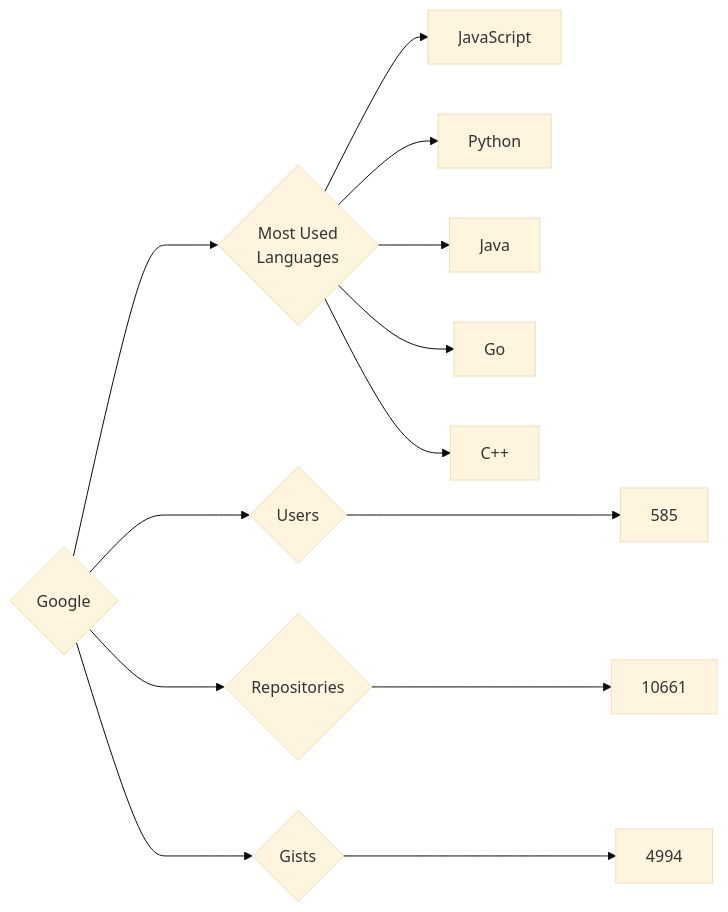
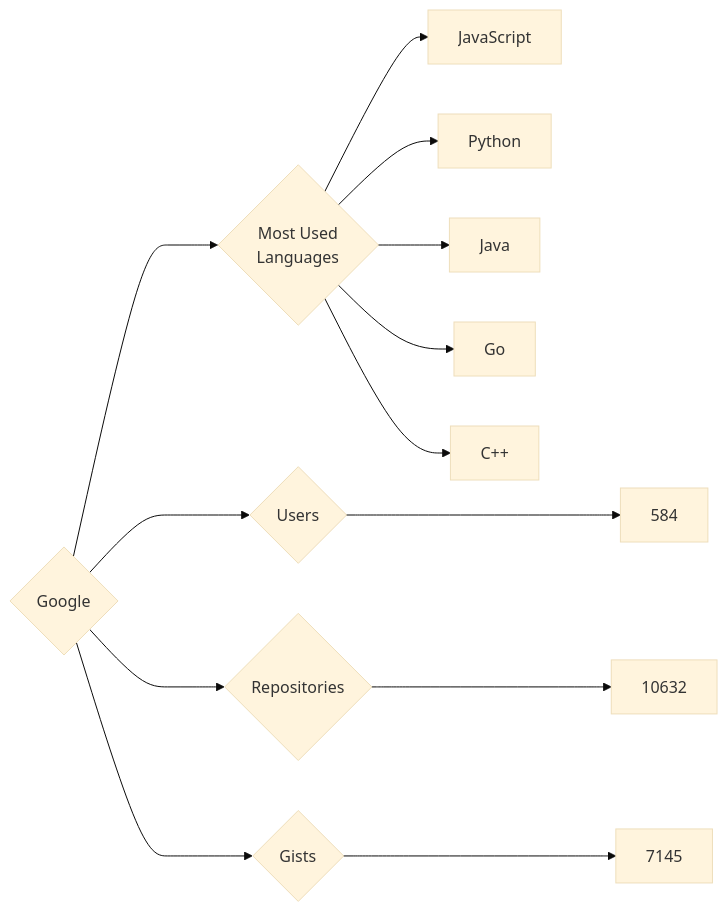
One commit to trickest/insiders changed the diagram in targets/Google/README.md. Above: the diagram before and after it, drawn with Mermaid (base theme). The commit also changed 1030 other files, not shown here.

````diff
--- a/targets/Google/README.md
+++ b/targets/Google/README.md
@@ -3,13 +3,13 @@
 ```mermaid
 graph LR
 COMPANY_NAME{Google}
-COMPANY_NAME ---> U{Users} ---> UN[585]
-COMPANY_NAME ---> R{Repositories} ---> RN[10661]
-COMPANY_NAME ---> G{Gists} ---> GN[4994]
+COMPANY_NAME ---> U{Users} ---> UN[584]
+COMPANY_NAME ---> R{Repositories} ---> RN[10632]
+COMPANY_NAME ---> G{Gists} ---> GN[7145]
 COMPANY_NAME ---> ML{Most Used<br>Languages}
 ML --> JavaScript[JavaScript]
 ML --> Python[Python]
 ML --> Java[Java]
 ML --> Go[Go]
 ML --> C++[C++]
 ```
````
